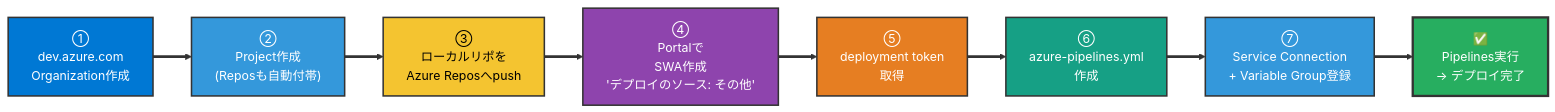
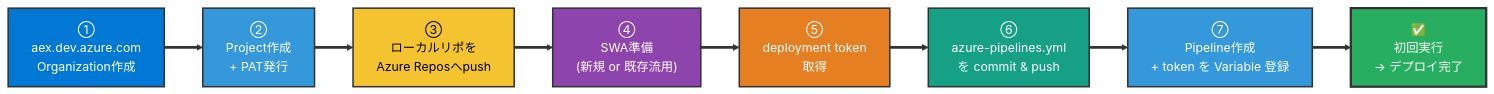
The eighth of 25 diagrams in 04b_azure/setup.md (kasuyaofcb/tech_docs), drawn with Mermaid before and after one commit. The commit also changed other lines of this file and 2 other files, not shown here.

First line of the commit message:
docs(azure): Azure DevOps資料(devops.md)を新規追加し、setup.md §2-Bを実証ベースに更新

````diff
--- a/04b_azure/setup.md
+++ b/04b_azure/setup.md
@@ -255,19 +255,19 @@
 ```mermaid
 flowchart LR
-    S1["①<br/>dev.azure.com<br/>Organization作成"] ==> S2["②<br/>Project作成<br/>(Reposも自動付帯)"]
+    S1["①<br/>aex.dev.azure.com<br/>Organization作成"] ==> S2["②<br/>Project作成<br/>+ PAT発行"]
     S2 ==> S3["③<br/>ローカルリポを<br/>Azure Reposへpush"]
-    S3 ==> S4["④<br/>Portalで<br/>SWA作成<br/>'デプロイのソース: その他'"]
+    S3 ==> S4["④<br/>SWA準備<br/>(新規 or 既存流用)"]
     S4 ==> S5["⑤<br/>deployment token<br/>取得"]
-    S5 ==> S6["⑥<br/>azure-pipelines.yml<br/>作成"]
-    S6 ==> S7["⑦<br/>Service Connection<br/>+ Variable Group登録"]
-    S7 ==> S8["✅<br/>Pipelines実行<br/>→ デプロイ完了"]
+    S5 ==> S6["⑥<br/>azure-pipelines.yml<br/>を commit & push"]
+    S6 ==> S7["⑦<br/>Pipeline作成<br/>+ token を Variable 登録"]
+    S7 ==> S8["✅<br/>初回実行<br/>→ デプロイ完了"]
 
     style S1 fill:#0078D4,color:#FFFFFF,stroke:#333,stroke-width:2px
     style S2 fill:#3498DB,color:#FFFFFF,stroke:#333,stroke-width:2px
     style S3 fill:#F4C430,color:#000,stroke:#333,stroke-width:2px
     style S4 fill:#8E44AD,color:#FFFFFF,stroke:#333,stroke-width:2px
     style S5 fill:#E67E22,color:#FFFFFF,stroke:#333,stroke-width:2px
     style S6 fill:#16A085,color:#FFFFFF,stroke:#333,stroke-width:2px
     style S7 fill:#3498DB,color:#FFFFFF,stroke:#333,stroke-width:2px
     style S8 fill:#27AE60,color:#FFFFFF,stroke:#333,stroke-width:3px
 ```
````
